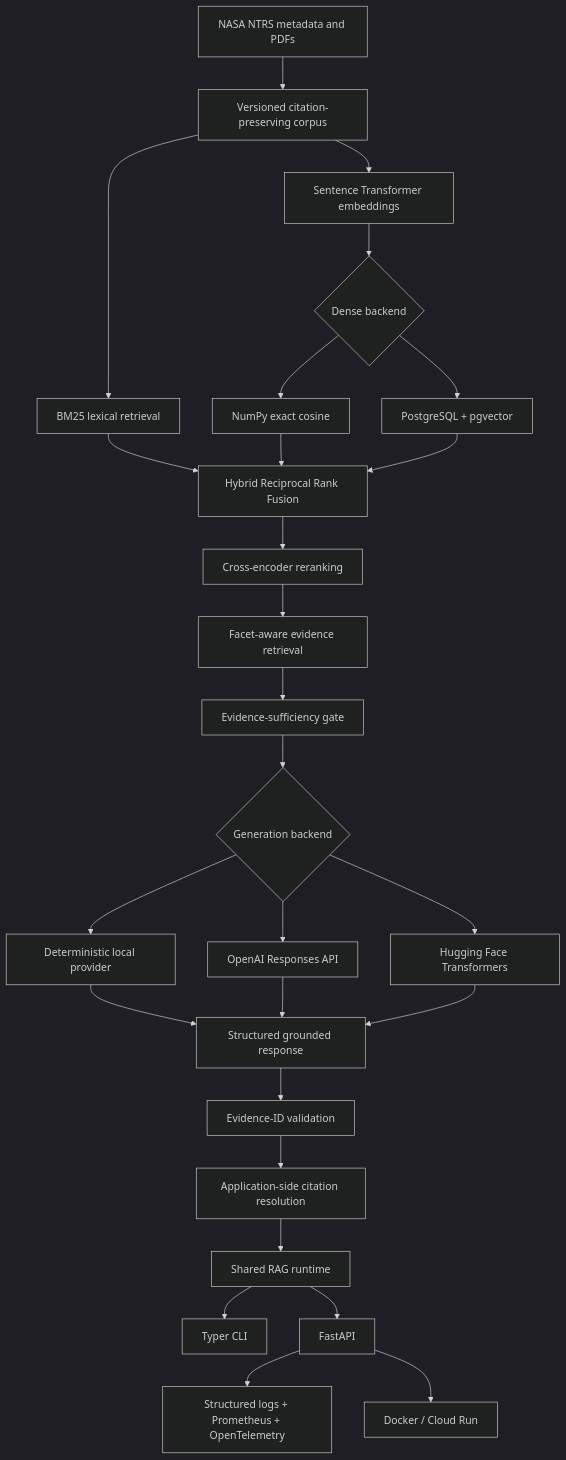
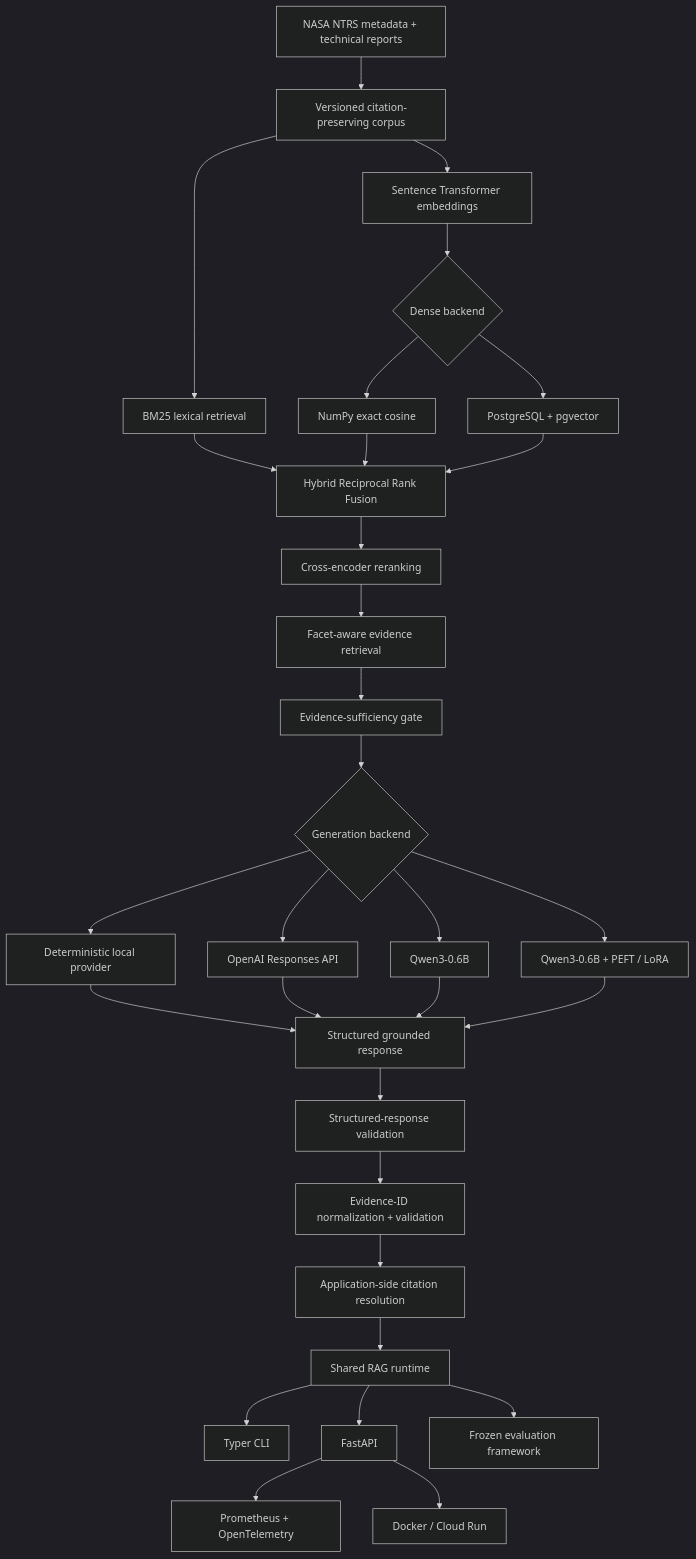
One commit to triasha72/AeroRAG-X changed the diagram in README.md. Above: the diagram before and after it, drawn with Mermaid (dark theme). The commit also changed other lines of this file and 1 other file, not shown here.

Commit message:
docs: update project narrative and evaluation roadmap

````diff
--- a/README.md
+++ b/README.md
@@ -13,36 +64,45 @@
 ```mermaid
 flowchart TD
-    A["NASA NTRS metadata and PDFs"] --> B["Versioned citation-preserving corpus"]
+    A["NASA NTRS metadata + technical reports"] --> B["Versioned citation-preserving corpus"]
+
     B --> C["BM25 lexical retrieval"]
     B --> D["Sentence Transformer embeddings"]
 
     D --> E{"Dense backend"}
     E --> F["NumPy exact cosine"]
     E --> G["PostgreSQL + pgvector"]
 
     C --> H["Hybrid Reciprocal Rank Fusion"]
     F --> H
     G --> H
 
     H --> I["Cross-encoder reranking"]
     I --> J["Facet-aware evidence retrieval"]
     J --> K["Evidence-sufficiency gate"]
 
     K --> L{"Generation backend"}
+
     L --> M["Deterministic local provider"]
     L --> N["OpenAI Responses API"]
-    L --> O["Hugging Face Transformers"]
+    L --> O["Qwen3-0.6B"]
+    L --> P["Qwen3-0.6B + PEFT / LoRA"]
 
-    M --> P["Structured grounded response"]
-    N --> P
-    O --> P
+    M --> Q["Structured grounded response"]
+    N --> Q
+    O --> Q
+    P --> Q
 
-    P --> Q["Evidence-ID validation"]
-    Q --> R["Application-side citation resolution"]
-    R --> S["Shared RAG runtime"]
+    Q --> R["Structured-response validation"]
+    R --> S["Evidence-ID normalization + validation"]
+    S --> T["Application-side citation resolution"]
 
-    S --> T["Typer CLI"]
-    S --> U["FastAPI"]
-    U --> V["Structured logs + Prometheus + OpenTelemetry"]
-    U --> W["Docker / Cloud Run"]
+    T --> U["Shared RAG runtime"]
+
+    U --> V["Typer CLI"]
+    U --> W["FastAPI"]
+
+    W --> X["Prometheus + OpenTelemetry"]
+    W --> Y["Docker / Cloud Run"]
+
+    U --> Z["Frozen evaluation framework"]
 ```
````
